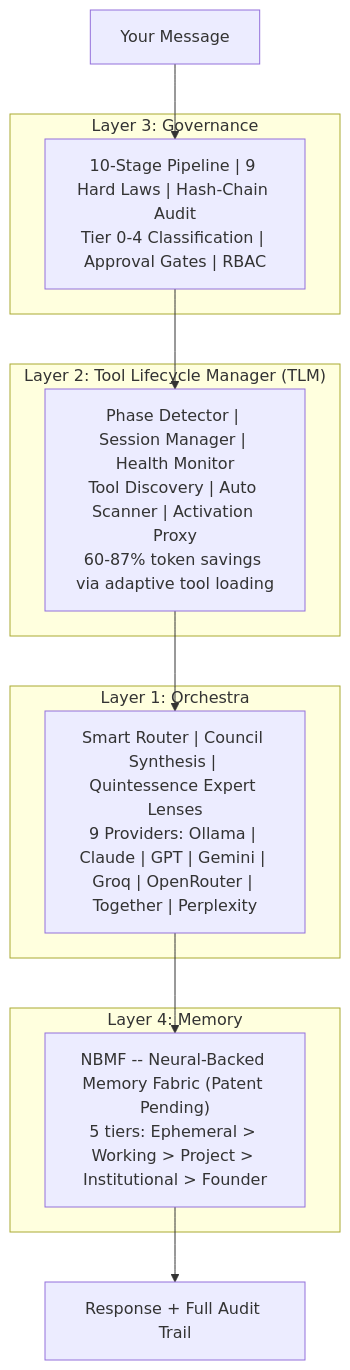
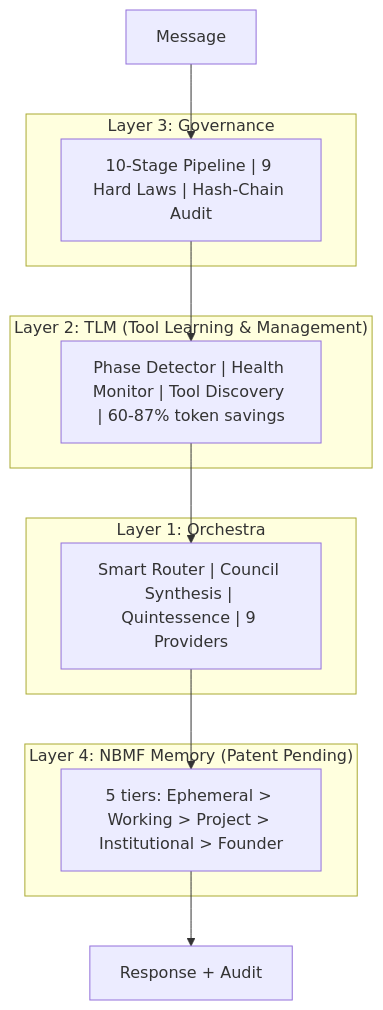
Before and after one commit to Mas-AI-Official/daena: the second of 2 diagrams in README.md, drawn with Mermaid. The commit also changed other lines of this file and 1 other file, not shown here.

````diff
--- a/README.md
+++ b/README.md
@@ -243,24 +249,16 @@
 ```mermaid
 graph TB
-    subgraph "Layer 4: Memory"
-        NBMF["NBMF -- Neural-Backed Memory Fabric (Patent Pending)<br/>5 tiers: Ephemeral > Working > Project > Institutional > Founder"]
+    subgraph "Layer 4: NBMF Memory (Patent Pending)"
+        NBMF["5 tiers: Ephemeral > Working > Project > Institutional > Founder"]
     end
-
     subgraph "Layer 3: Governance"
-        GOV["10-Stage Pipeline | 9 Hard Laws | Hash-Chain Audit<br/>Tier 0-4 Classification | Approval Gates | RBAC"]
+        GOV["10-Stage Pipeline | 9 Hard Laws | Hash-Chain Audit"]
     end
-
-    subgraph "Layer 2: Tool Lifecycle Manager (TLM)"
-        TLM["Phase Detector | Session Manager | Health Monitor<br/>Tool Discovery | Auto Scanner | Activation Proxy<br/>60-87% token savings via adaptive tool loading"]
+    subgraph "Layer 2: TLM (Tool Learning & Management)"
+        TLM["Phase Detector | Health Monitor | Tool Discovery | 60-87% token savings"]
     end
-
     subgraph "Layer 1: Orchestra"
-        ORCH["Smart Router | Council Synthesis | Quintessence Expert Lenses<br/>9 Providers: Ollama | Claude | GPT | Gemini | Groq | OpenRouter | Together | Perplexity"]
+        ORCH["Smart Router | Council Synthesis | Quintessence | 9 Providers"]
     end
-
-    USER["Your Message"] --> GOV
-    GOV --> TLM
-    TLM --> ORCH
-    ORCH --> NBMF
-    NBMF --> RESPONSE["Response + Full Audit Trail"]
+    USER["Message"] --> GOV --> TLM --> ORCH --> NBMF --> RESPONSE["Response + Audit"]
 ```
````
